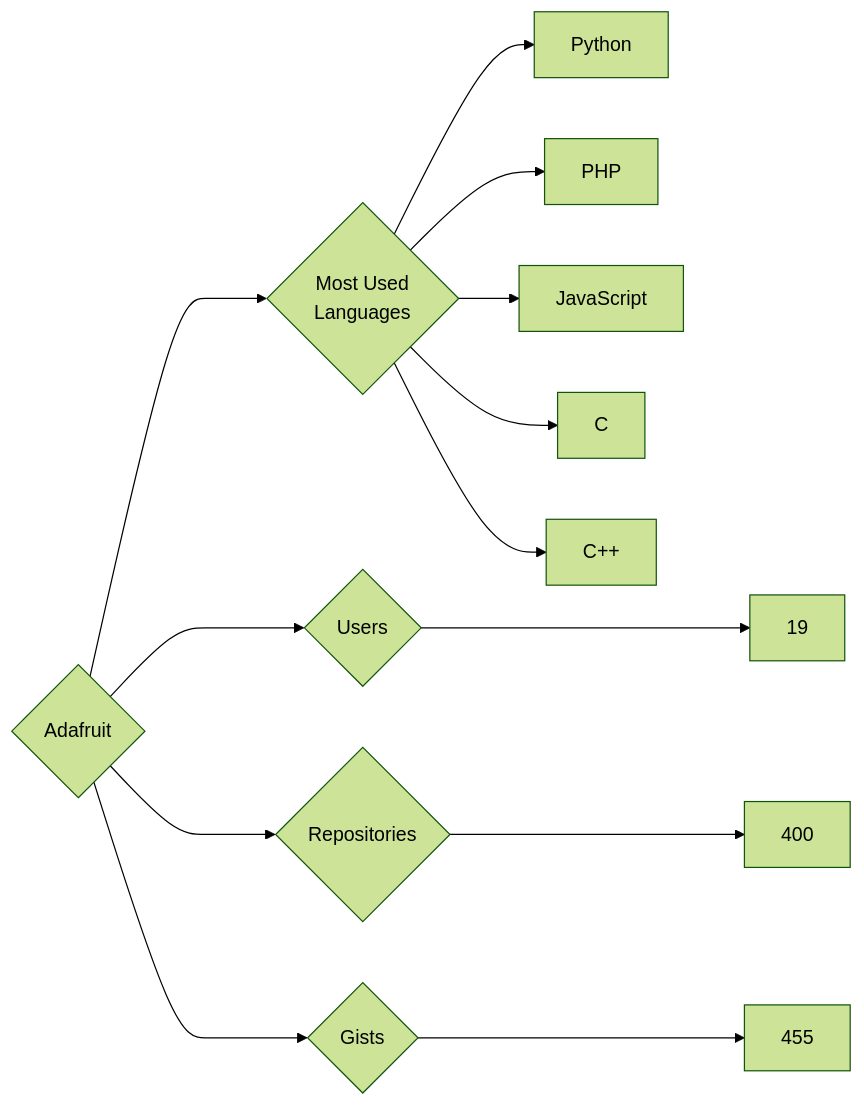
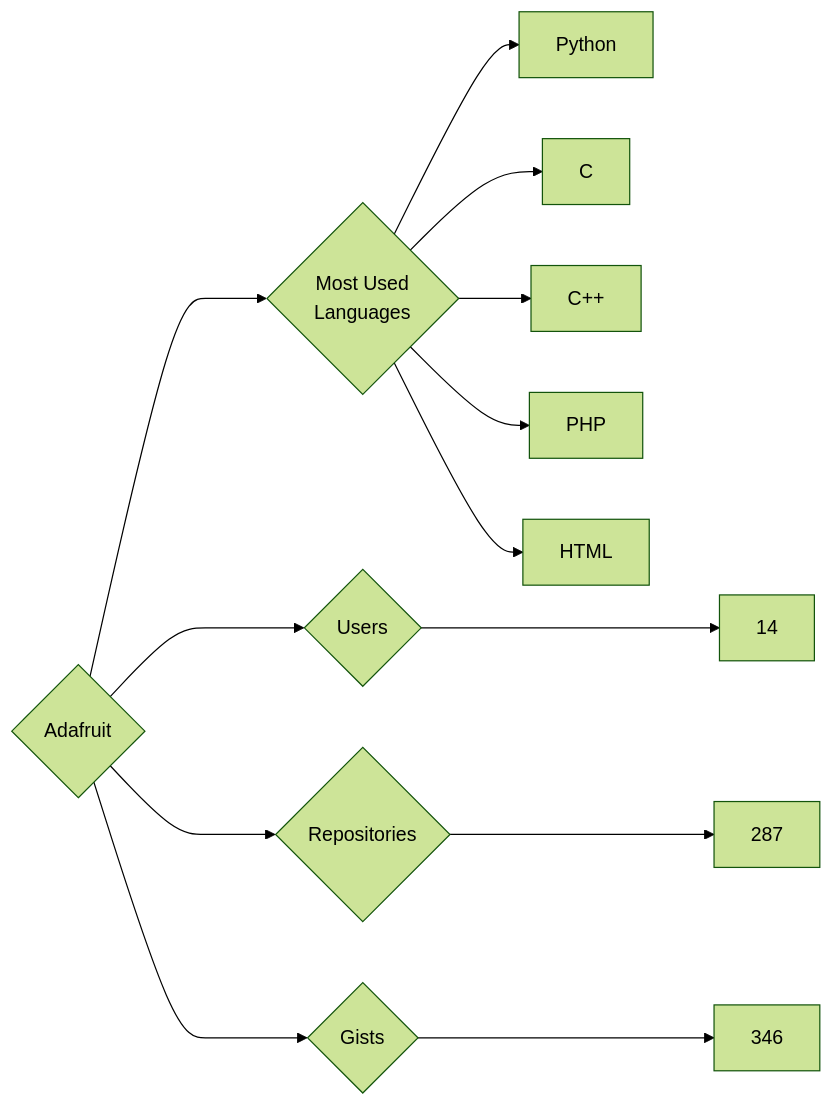
The diagram in targets/Adafruit/README.md (trickest/insiders), drawn with Mermaid (forest theme) before and after one commit. The commit also changed 891 other files, not shown here.

````diff
--- a/targets/Adafruit/README.md
+++ b/targets/Adafruit/README.md
@@ -3,13 +3,13 @@
 ```mermaid
 graph LR
 COMPANY_NAME{Adafruit}
-COMPANY_NAME ---> U{Users} ---> UN[19]
-COMPANY_NAME ---> R{Repositories} ---> RN[400]
-COMPANY_NAME ---> G{Gists} ---> GN[455]
+COMPANY_NAME ---> U{Users} ---> UN[14]
+COMPANY_NAME ---> R{Repositories} ---> RN[287]
+COMPANY_NAME ---> G{Gists} ---> GN[346]
 COMPANY_NAME ---> ML{Most Used<br>Languages}
 ML --> Python[Python]
-ML --> PHP[PHP]
-ML --> JavaScript[JavaScript]
 ML --> C[C]
 ML --> C++[C++]
+ML --> PHP[PHP]
+ML --> HTML[HTML]
 ```
````
